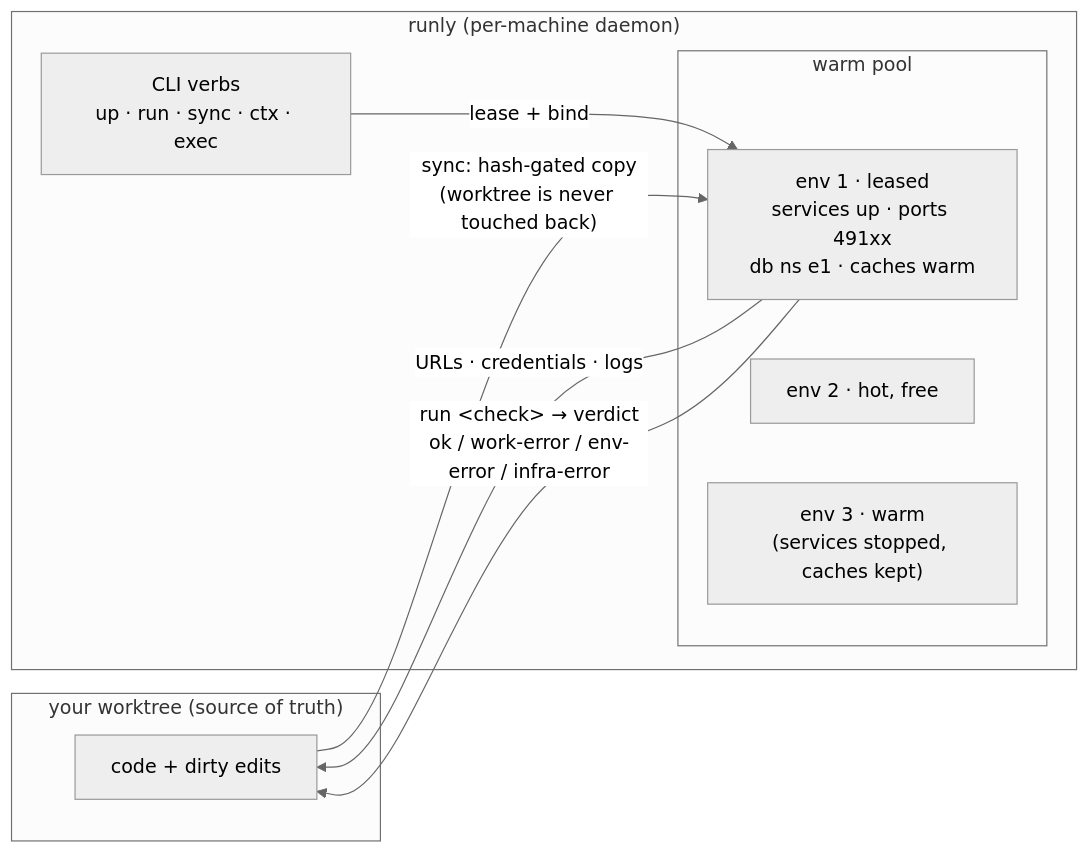
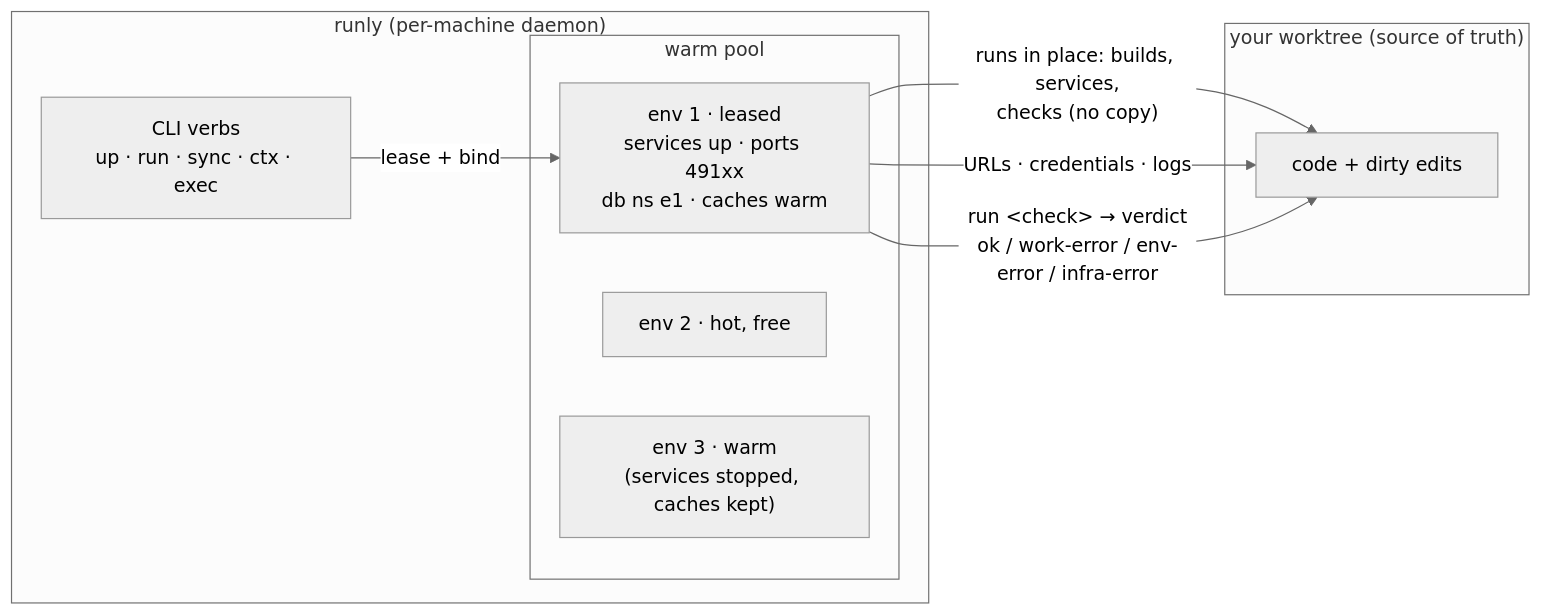
Before and after one commit to ChristianKohlberg/backlot: the first of 2 diagrams in docs/overview.md, drawn with Mermaid (neutral theme). The commit also changed other lines of this file and 57 other files, not shown here.

````diff
--- a/docs/overview.md
+++ b/docs/overview.md
@@ -29,18 +29,18 @@
 ```mermaid
 flowchart LR
     subgraph you["your worktree (source of truth)"]
         WT["code + dirty edits"]
     end
     subgraph broker["runly (per-machine daemon)"]
         CLI["CLI verbs<br/>up · run · sync · ctx · exec"]
         subgraph pool["warm pool"]
             E1["env 1 · leased<br/>services up · ports 491xx<br/>db ns e1 · caches warm"]
             E2["env 2 · hot, free"]
             E3["env 3 · warm<br/>(services stopped, caches kept)"]
         end
     end
-    WT -- "sync: hash-gated copy<br/>(worktree is never touched back)" --> E1
+    E1 -- "runs in place: builds, services,<br/>checks (no copy)" --> WT
     CLI -- "lease + bind" --> E1
     E1 -- "URLs · credentials · logs" --> WT
     E1 -- "run &lt;check&gt; → verdict<br/>ok / work-error / env-error / infra-error" --> WT
 ```
````
